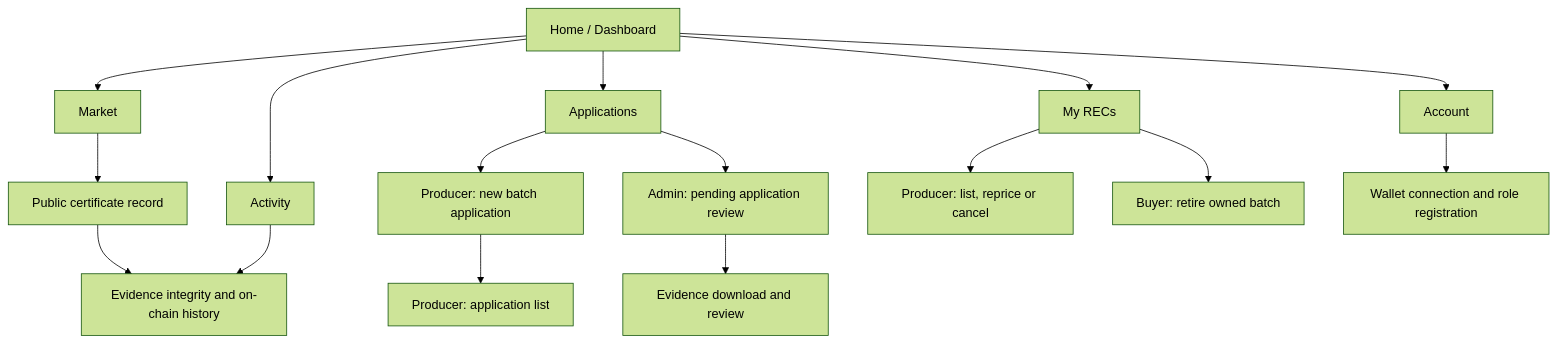
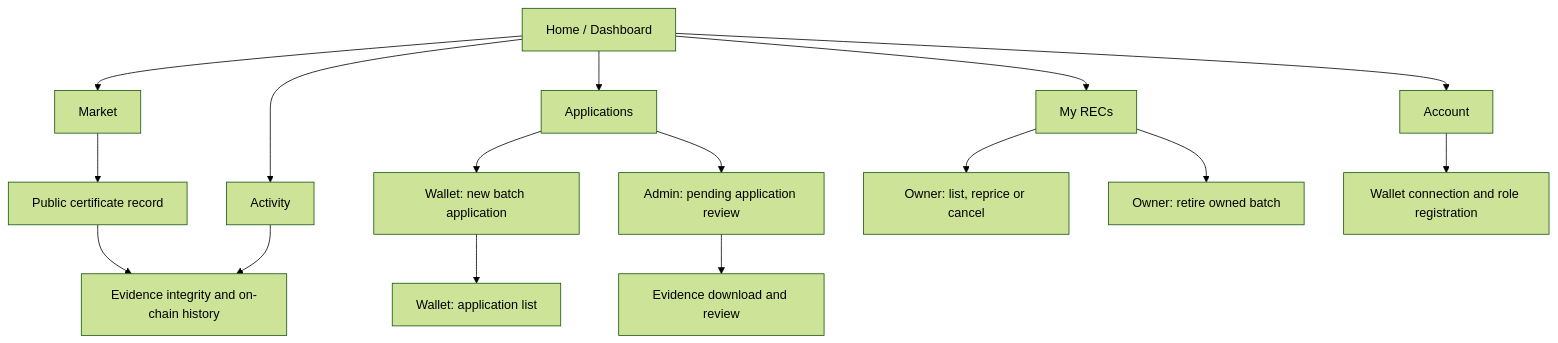
One commit to chuansao258-888/Greencert changed the diagram in docs/development/06-ui.md. Above: the diagram before and after it, drawn with Mermaid (forest theme). The commit also changed other lines of this file and 23 other files, not shown here.

````diff
--- a/docs/development/06-ui.md
+++ b/docs/development/06-ui.md
@@ -19,20 +19,20 @@
 ```mermaid
 flowchart TB
     Home[Home / Dashboard] --> Market[Market]
     Home --> Applications[Applications]
     Home --> Certificates[My RECs]
     Home --> Activity[Activity]
     Home --> Account[Account]
 
     Market --> PublicRecord[Public certificate record]
-    Applications --> ProducerForm[Producer: new batch application]
+    Applications --> ProducerForm[Wallet: new batch application]
     Applications --> AdminReview[Admin: pending application review]
-    ProducerForm --> ProducerApplications[Producer: application list]
+    ProducerForm --> ProducerApplications[Wallet: application list]
     AdminReview --> Evidence[Evidence download and review]
-    Certificates --> Listing[Producer: list, reprice or cancel]
-    Certificates --> Retirement[Buyer: retire owned batch]
+    Certificates --> Listing[Owner: list, reprice or cancel]
+    Certificates --> Retirement[Owner: retire owned batch]
     Account --> Wallet[Wallet connection and role registration]
 
     PublicRecord --> Audit[Evidence integrity and on-chain history]
     Activity --> Audit
 ```
````
